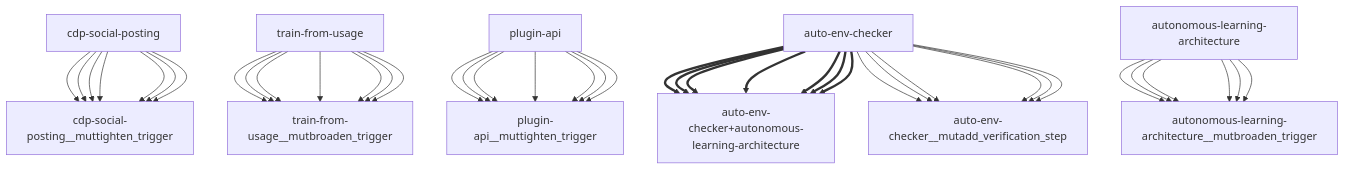
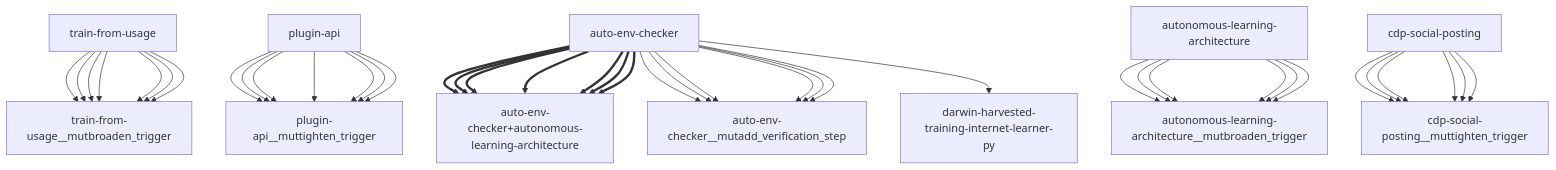
The diagram in reports/darwin-report.md (openamer/openamer), drawn with Mermaid before and after one commit. The commit also changed other lines of this file and 9 other files, not shown here.

````diff
--- a/reports/darwin-report.md
+++ b/reports/darwin-report.md
@@ -66,43 +66,43 @@
 ```mermaid
 graph TD
-    cdp-social-posting["cdp-social-posting"] --> cdp-social-posting__muttighten_trigger["cdp-social-posting__muttighten_trigger"]
     train-from-usage["train-from-usage"] --> train-from-usage__mutbroaden_trigger["train-from-usage__mutbroaden_trigger"]
     plugin-api["plugin-api"] --> plugin-api__muttighten_trigger["plugin-api__muttighten_trigger"]
     auto-env-checker["auto-env-checker"] ==> auto-env-checker+autonomous-learning-architecture["auto-env-checker+autonomous-learning-architecture"]
     auto-env-checker["auto-env-checker"] --> auto-env-checker__mutadd_verification_step["auto-env-checker__mutadd_verification_step"]
     autonomous-learning-architecture["autonomous-learning-architecture"] --> autonomous-learning-architecture__mutbroaden_trigger["autonomous-learning-architecture__mutbroaden_trigger"]
     cdp-social-posting["cdp-social-posting"] --> cdp-social-posting__muttighten_trigger["cdp-social-posting__muttighten_trigger"]
     train-from-usage["train-from-usage"] --> train-from-usage__mutbroaden_trigger["train-from-usage__mutbroaden_trigger"]
     plugin-api["plugin-api"] --> plugin-api__muttighten_trigger["plugin-api__muttighten_trigger"]
     auto-env-checker["auto-env-checker"] ==> auto-env-checker+autonomous-learning-architecture["auto-env-checker+autonomous-learning-architecture"]
     auto-env-checker["auto-env-checker"] --> auto-env-checker__mutadd_verification_step["auto-env-checker__mutadd_verification_step"]
     autonomous-learning-architecture["autonomous-learning-architecture"] --> autonomous-learning-architecture__mutbroaden_trigger["autonomous-learning-architecture__mutbroaden_trigger"]
     cdp-social-posting["cdp-social-posting"] --> cdp-social-posting__muttighten_trigger["cdp-social-posting__muttighten_trigger"]
     train-from-usage["train-from-usage"] --> train-from-usage__mutbroaden_trigger["train-from-usage__mutbroaden_trigger"]
     plugin-api["plugin-api"] --> plugin-api__muttighten_trigger["plugin-api__muttighten_trigger"]
     auto-env-checker["auto-env-checker"] ==> auto-env-checker+autonomous-learning-architecture["auto-env-checker+autonomous-learning-architecture"]
     auto-env-checker["auto-env-checker"] --> auto-env-checker__mutadd_verification_step["auto-env-checker__mutadd_verification_step"]
     autonomous-learning-architecture["autonomous-learning-architecture"] --> autonomous-learning-architecture__mutbroaden_trigger["autonomous-learning-architecture__mutbroaden_trigger"]
     cdp-social-posting["cdp-social-posting"] --> cdp-social-posting__muttighten_trigger["cdp-social-posting__muttighten_trigger"]
     train-from-usage["train-from-usage"] --> train-from-usage__mutbroaden_trigger["train-from-usage__mutbroaden_trigger"]
     plugin-api["plugin-api"] --> plugin-api__muttighten_trigger["plugin-api__muttighten_trigger"]
     auto-env-checker["auto-env-checker"] ==> auto-env-checker+autonomous-learning-architecture["auto-env-checker+autonomous-learning-architecture"]
+    auto-env-checker["auto-env-checker"] --> darwin-harvested-training-internet-learner-py["darwin-harvested-training-internet-learner-py"]
     auto-env-checker["auto-env-checker"] --> auto-env-checker__mutadd_verification_step["auto-env-checker__mutadd_verification_step"]
     autonomous-learning-architecture["autonomous-learning-architecture"] --> autonomous-learning-architecture__mutbroaden_trigger["autonomous-learning-architecture__mutbroaden_trigger"]
     cdp-social-posting["cdp-social-posting"] --> cdp-social-posting__muttighten_trigger["cdp-social-posting__muttighten_trigger"]
     train-from-usage["train-from-usage"] --> train-from-usage__mutbroaden_trigger["train-from-usage__mutbroaden_trigger"]
     plugin-api["plugin-api"] --> plugin-api__muttighten_trigger["plugin-api__muttighten_trigger"]
     auto-env-checker["auto-env-checker"] ==> auto-env-checker+autonomous-learning-architecture["auto-env-checker+autonomous-learning-architecture"]
     auto-env-checker["auto-env-checker"] --> auto-env-checker__mutadd_verification_step["auto-env-checker__mutadd_verification_step"]
     autonomous-learning-architecture["autonomous-learning-architecture"] --> autonomous-learning-architecture__mutbroaden_trigger["autonomous-learning-architecture__mutbroaden_trigger"]
     cdp-social-posting["cdp-social-posting"] --> cdp-social-posting__muttighten_trigger["cdp-social-posting__muttighten_trigger"]
     train-from-usage["train-from-usage"] --> train-from-usage__mutbroaden_trigger["train-from-usage__mutbroaden_trigger"]
     plugin-api["plugin-api"] --> plugin-api__muttighten_trigger["plugin-api__muttighten_trigger"]
     auto-env-checker["auto-env-checker"] ==> auto-env-checker+autonomous-learning-architecture["auto-env-checker+autonomous-learning-architecture"]
     auto-env-checker["auto-env-checker"] --> auto-env-checker__mutadd_verification_step["auto-env-checker__mutadd_verification_step"]
     autonomous-learning-architecture["autonomous-learning-architecture"] --> autonomous-learning-architecture__mutbroaden_trigger["autonomous-learning-architecture__mutbroaden_trigger"]
     cdp-social-posting["cdp-social-posting"] --> cdp-social-posting__muttighten_trigger["cdp-social-posting__muttighten_trigger"]
     train-from-usage["train-from-usage"] --> train-from-usage__mutbroaden_trigger["train-from-usage__mutbroaden_trigger"]
     plugin-api["plugin-api"] --> plugin-api__muttighten_trigger["plugin-api__muttighten_trigger"]
     auto-env-checker["auto-env-checker"] ==> auto-env-checker+autonomous-learning-architecture["auto-env-checker+autonomous-learning-architecture"]
 ```
````
